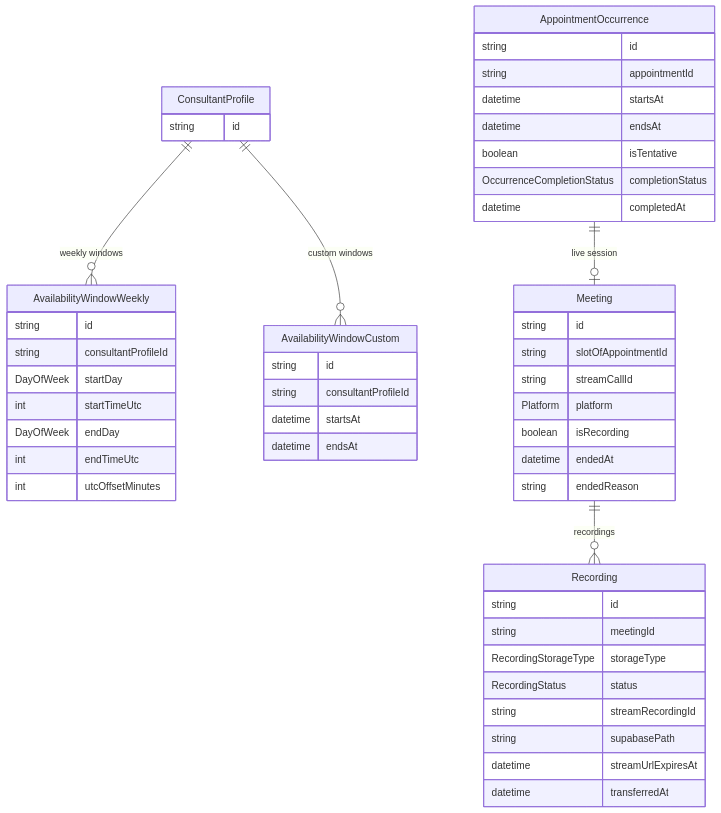
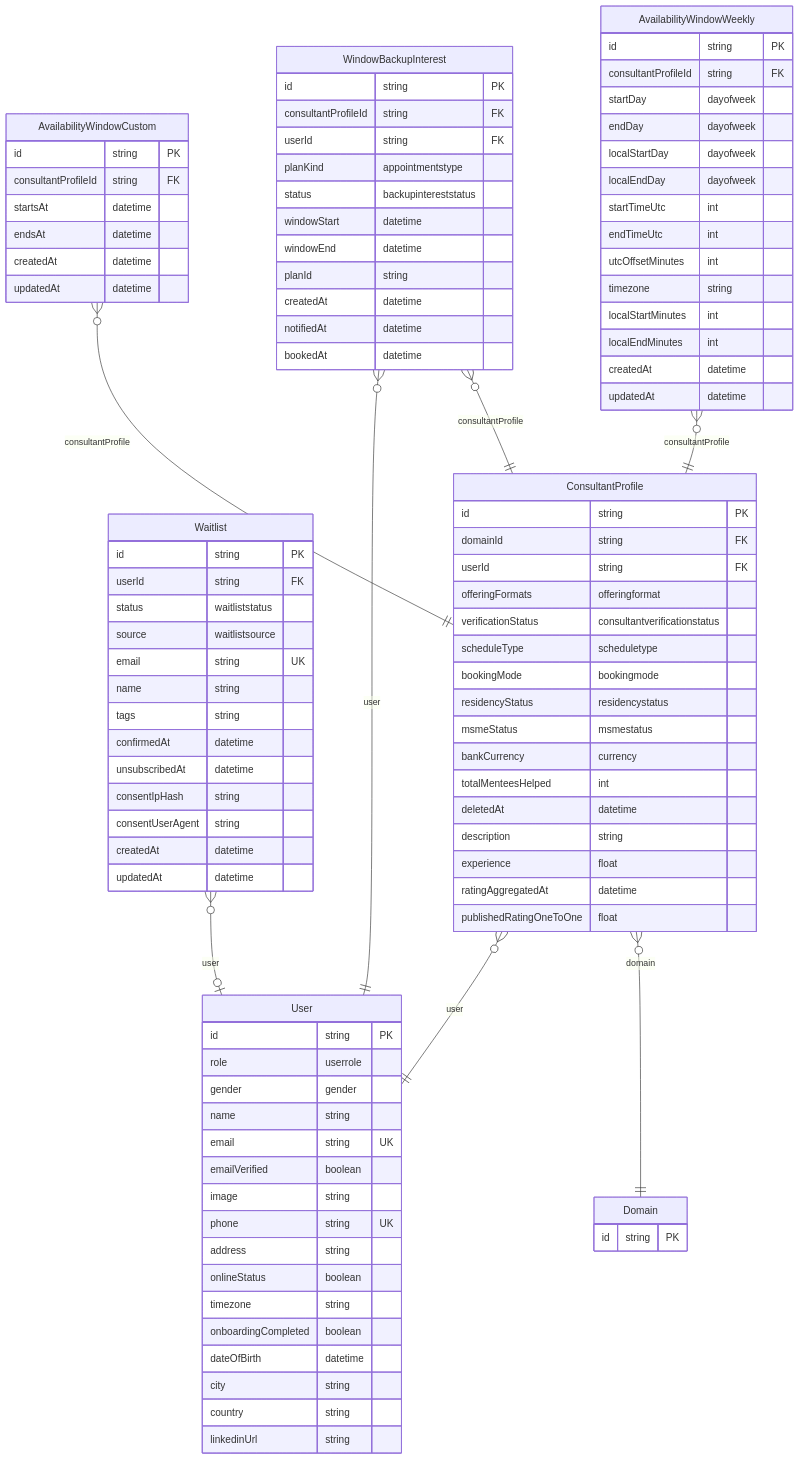
The eighth of 32 diagrams in docs/prisma/00-schema-map.md (Practitionist/familiarise_web), drawn with Mermaid before and after one commit. The commit also changed other lines of this file and 6 other files, not shown here.

````diff
--- a/docs/prisma/00-schema-map.md
+++ b/docs/prisma/00-schema-map.md
@@ -583,54 +1035,101 @@
 ```mermaid
 erDiagram
-    ConsultantProfile {
-        string id
-    }
     AvailabilityWindowWeekly {
-        string id
-        string consultantProfileId
-        DayOfWeek startDay
-        int startTimeUtc
-        DayOfWeek endDay
-        int endTimeUtc
-        int utcOffsetMinutes
+        id string PK
+        consultantProfileId string FK
+        startDay dayofweek
+        endDay dayofweek
+        localStartDay dayofweek
+        localEndDay dayofweek
+        startTimeUtc int
+        endTimeUtc int
+        utcOffsetMinutes int
+        timezone string
+        localStartMinutes int
+        localEndMinutes int
+        createdAt datetime
+        updatedAt datetime
     }
     AvailabilityWindowCustom {
-        string id
-        string consultantProfileId
-        datetime startsAt
-        datetime endsAt
+        id string PK
+        consultantProfileId string FK
+        startsAt datetime
+        endsAt datetime
+        createdAt datetime
+        updatedAt datetime
     }
-    AppointmentOccurrence {
-        string id
-        string appointmentId
-        datetime startsAt
-        datetime endsAt
-        boolean isTentative
-        OccurrenceCompletionStatus completionStatus
-        datetime completedAt
+    WindowBackupInterest {
+        id string PK
+        consultantProfileId string FK
+        userId string FK
+        planKind appointmentstype
+        status backupintereststatus
+        windowStart datetime
+        windowEnd datetime
+        planId string
+        createdAt datetime
+        notifiedAt datetime
+        bookedAt datetime
     }
-    Meeting {
-        string id
-        string slotOfAppointmentId
-        string streamCallId
-        Platform platform
-        boolean isRecording
-        datetime endedAt
-        string endedReason
+    Waitlist {
+        id string PK
+        userId string FK
+        status waitliststatus
+        source waitlistsource
+        email string UK
+        name string
+        tags string
+        confirmedAt datetime
+        unsubscribedAt datetime
+        consentIpHash string
+        consentUserAgent string
+        createdAt datetime
+        updatedAt datetime
     }
-    Recording {
-        string id
-        string meetingId
-        RecordingStorageType storageType
-        RecordingStatus status
-        string streamRecordingId
-        string supabasePath
-        datetime streamUrlExpiresAt
-        datetime transferredAt
+    ConsultantProfile {
+        id string PK
+        domainId string FK
+        userId string FK
+        offeringFormats offeringformat
+        verificationStatus consultantverificationstatus
+        scheduleType scheduletype
+        bookingMode bookingmode
+        residencyStatus residencystatus
+        msmeStatus msmestatus
+        bankCurrency currency
+        totalMenteesHelped int
+        deletedAt datetime
+        description string
+        experience float
+        ratingAggregatedAt datetime
+        publishedRatingOneToOne float
     }
-
-    ConsultantProfile ||--o{ AvailabilityWindowWeekly : "weekly windows"
-    ConsultantProfile ||--o{ AvailabilityWindowCustom : "custom windows"
-    AppointmentOccurrence ||--o| Meeting : "live session"
-    Meeting ||--o{ Recording : "recordings"
+    User {
+        id string PK
+        role userrole
+        gender gender
+        name string
+        email string UK
+        emailVerified boolean
+        image string
+        phone string UK
+        address string
+        onlineStatus boolean
+        timezone string
+        onboardingCompleted boolean
+        dateOfBirth datetime
+        city string
+        country string
+        linkedinUrl string
+    }
+    Domain {
+        id string PK
+    }
+    AvailabilityWindowWeekly }o--|| ConsultantProfile : "consultantProfile"
+    AvailabilityWindowCustom }o--|| ConsultantProfile : "consultantProfile"
+    WindowBackupInterest }o--|| ConsultantProfile : "consultantProfile"
+    WindowBackupInterest }o--|| User : "user"
+    Waitlist }o--o| User : "user"
+    ConsultantProfile }o--|| Domain : "domain"
+    ConsultantProfile }o--|| User : "user"
 ```
````
